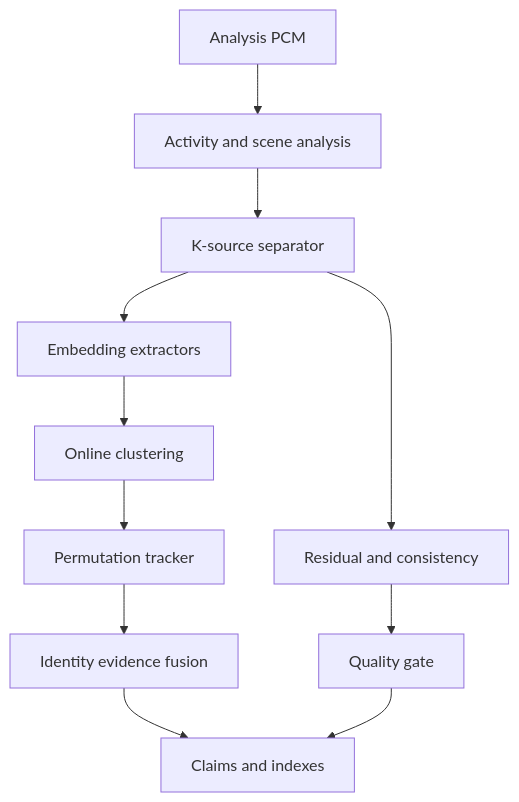
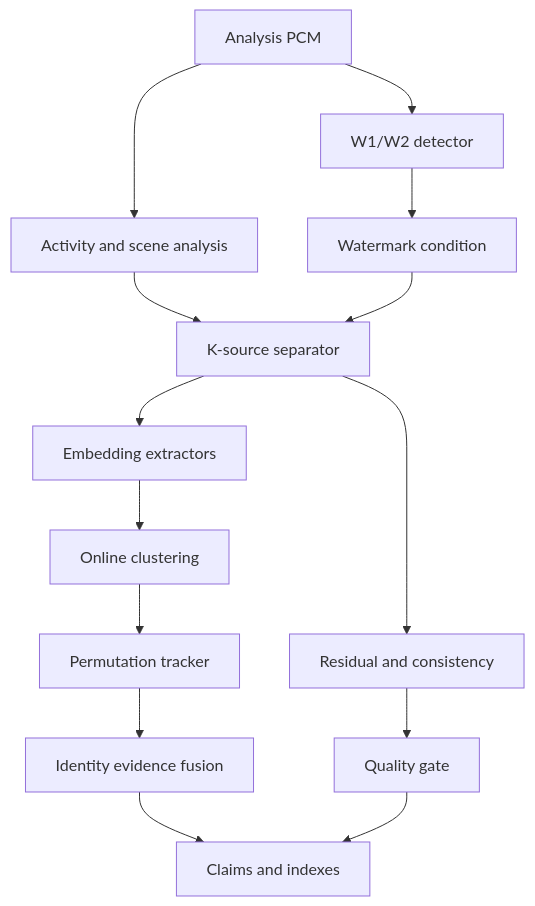
Before and after one commit to jordanlegare/codec: the third of 3 diagrams in README.md, drawn with Mermaid. The commit also changed other lines of this file, not shown here.

Commit message:
Specify live feed watermark identity

```diff
--- a/README.md
+++ b/README.md
@@ -322,13 +520,16 @@
 ~~~mermaid
 flowchart TD
-    A["Analysis PCM"] --> B["Activity and scene analysis"]
-    B --> C["K-source separator"]
-    C --> D["Residual and consistency"]
-    C --> E["Embedding extractors"]
-    E --> F["Online clustering"]
-    F --> G["Permutation tracker"]
-    G --> H["Identity evidence fusion"]
-    D --> I["Quality gate"]
-    H --> J["Claims and indexes"]
-    I --> J
+    A["Analysis PCM"] --> B["W1/W2 detector"]
+    A --> C["Activity and scene analysis"]
+    B --> D["Watermark condition"]
+    C --> E["K-source separator"]
+    D --> E
+    E --> F["Residual and consistency"]
+    E --> G["Embedding extractors"]
+    G --> H["Online clustering"]
+    H --> I["Permutation tracker"]
+    I --> J["Identity evidence fusion"]
+    F --> K["Quality gate"]
+    J --> L["Claims and indexes"]
+    K --> L
 ~~~
```
